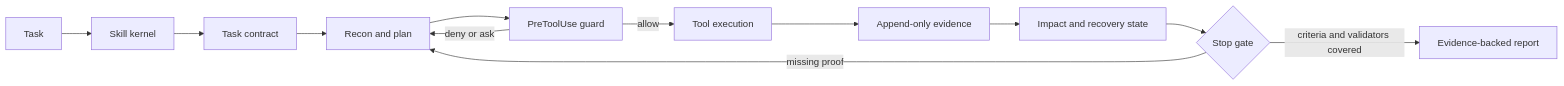
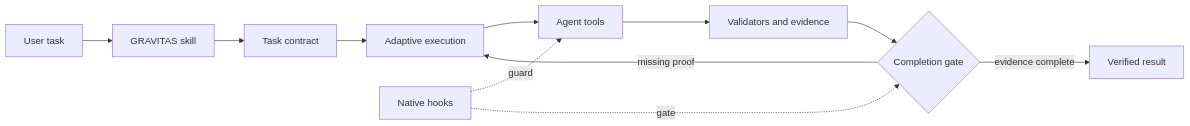
One commit to udaysharmadev/Gravitas changed the diagram in README.md. Above: the diagram before and after it, drawn with Mermaid. The commit also changed other lines of this file and 69 other files, not shown here.

Commit message:
docs: ship evidence-backed Gravitas README and install flow

````diff
--- a/README.md
+++ b/README.md
@@ -277,14 +141,13 @@
 ```mermaid
 flowchart LR
-    U[Task] --> K[Skill kernel]
-    K --> C[Task contract]
-    C --> R[Recon and plan]
-    R --> P[PreToolUse guard]
-    P -->|allow| T[Tool execution]
-    P -->|deny or ask| R
-    T --> E[Append-only evidence]
-    E --> I[Impact and recovery state]
-    I --> S{Stop gate}
-    S -->|missing proof| R
-    S -->|criteria and validators covered| D[Evidence-backed report]
+  U[User task] --> S[GRAVITAS skill]
+  S --> C[Task contract]
+  C --> P[Adaptive execution]
+  P --> T[Agent tools]
+  T --> V[Validators and evidence]
+  V --> G{Completion gate}
+  G -->|missing proof| P
+  G -->|evidence complete| R[Verified result]
+  N[Native hooks] -. guard .-> T
+  N -. gate .-> G
 ```
````
